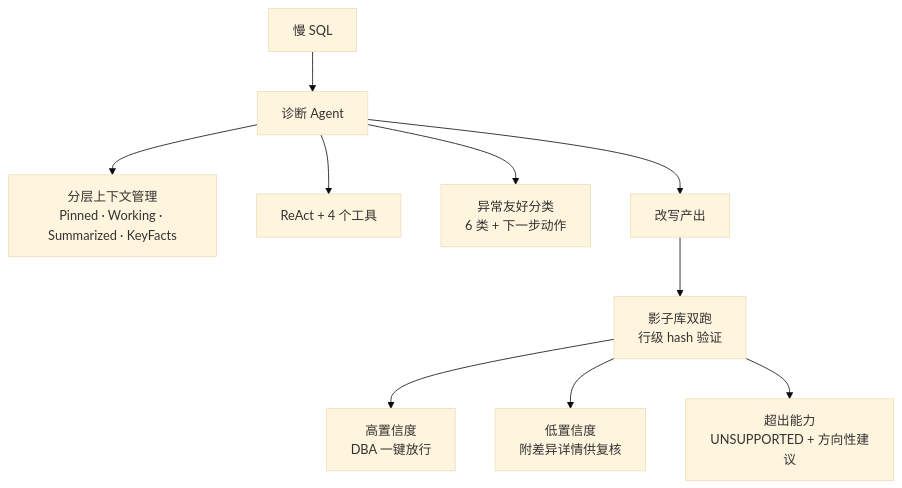
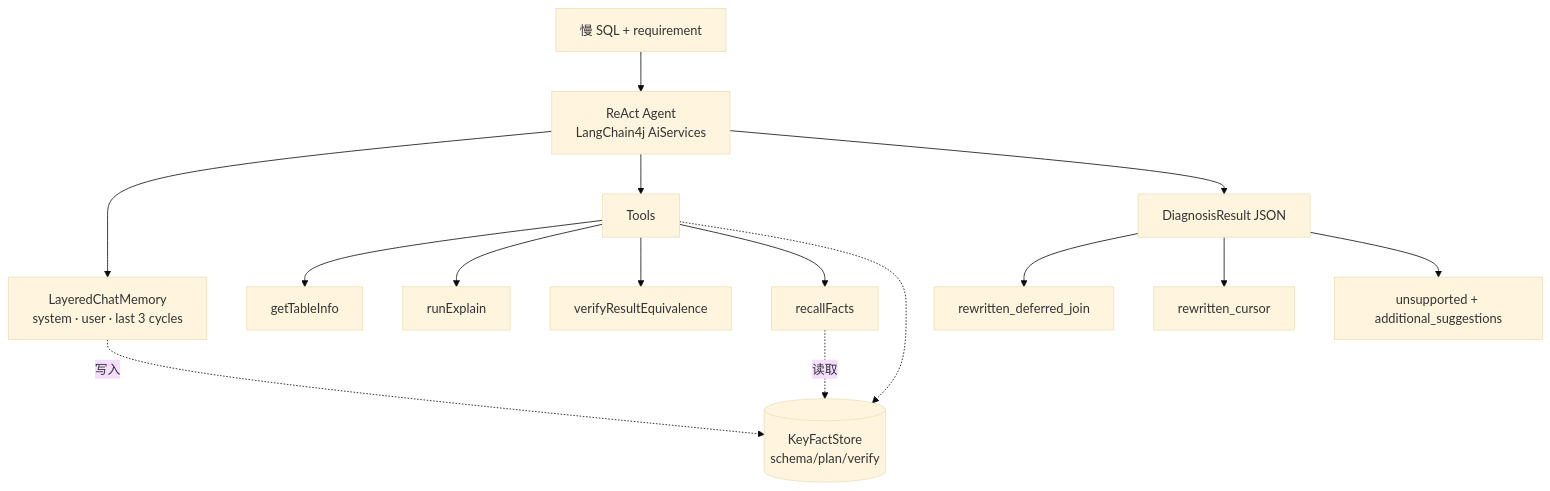
One commit to Muqian-Sun/slow-sql-agent changed the diagram in README.md. Above: the diagram before and after it, drawn with Mermaid (base theme). The commit also changed other lines of this file, not shown here.

````diff
--- a/README.md
+++ b/README.md
@@ -36,12 +57,17 @@
 ```mermaid
 flowchart TD
-    A[慢 SQL] --> B[诊断 Agent]
-    B --> B1[分层上下文管理<br/>Pinned · Working · Summarized · KeyFacts]
-    B --> B2[ReAct + 4 个工具]
-    B --> B3[异常友好分类<br/>6 类 + 下一步动作]
-    B --> C[改写产出]
-    C --> D[影子库双跑<br/>行级 hash 验证]
-    D --> E[高置信度<br/>DBA 一键放行]
-    D --> F[低置信度<br/>附差异详情供复核]
-    D --> G[超出能力<br/>UNSUPPORTED + 方向性建议]
+    A[慢 SQL + requirement] --> B[ReAct Agent<br/>LangChain4j AiServices]
+    B --> M[LayeredChatMemory<br/>system · user · last 3 cycles]
+    B --> T[Tools]
+    T --> T1[getTableInfo]
+    T --> T2[runExplain]
+    T --> T3[verifyResultEquivalence]
+    T --> T4[recallFacts]
+    T -.-> S[(KeyFactStore<br/>schema/plan/verify)]
+    M -.写入.-> S
+    T4 -.读取.-> S
+    B --> O[DiagnosisResult JSON]
+    O --> O1[rewritten_deferred_join]
+    O --> O2[rewritten_cursor]
+    O --> O3[unsupported + additional_suggestions]
 ```
````
